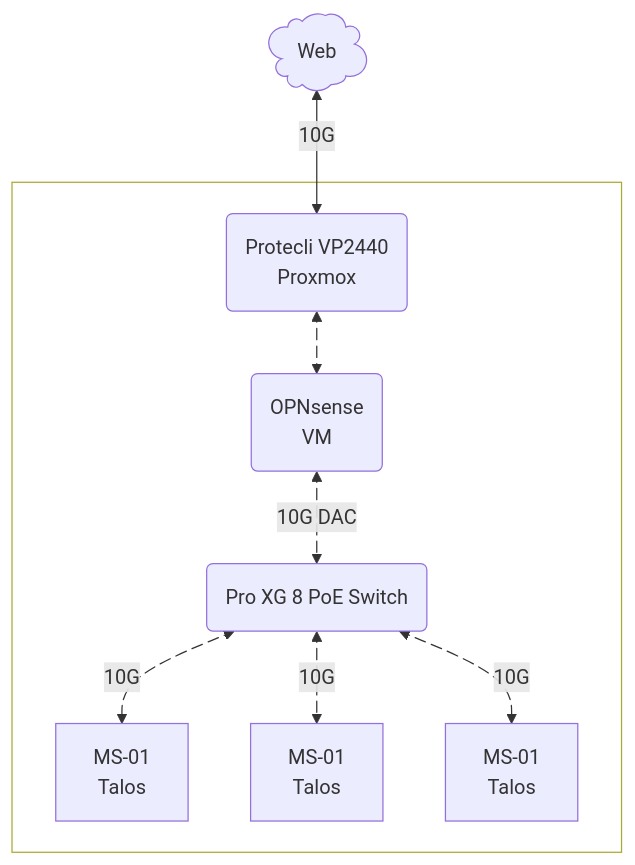
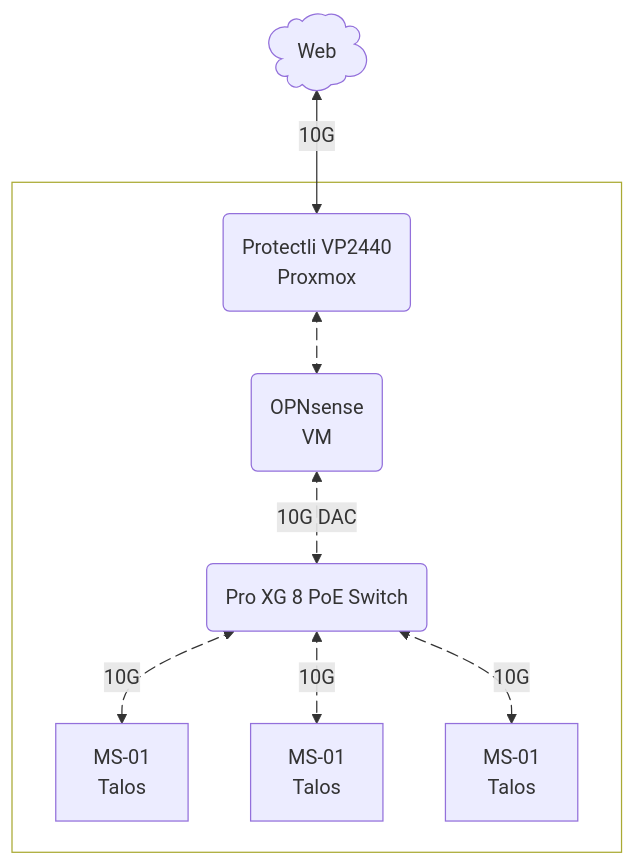
The diagram in README.md (Sawangg/homelab), drawn with Mermaid before and after one commit.

Commit message:
docs: fix typo in router name

````diff
--- a/README.md
+++ b/README.md
@@ -10,18 +10,18 @@
 ```mermaid
 %%{init: {'themeVariables': {'clusterBkg':'transparent'}, 'securityLevel': 'loose'}}%%
 graph TD
-    Web@{ shape: cloud, label "Web" } <-->|10G| A(Protecli VP2440<br/>Proxmox)
+    Web@{ shape: cloud, label "Web" } <-->|10G| A(Protectli VP2440<br/>Proxmox)
 
     subgraph LAN[" "]
         A e1@<--> B(OPNsense<br/>VM)
         e1@{ animate: true }
         B e2@<-->|10G DAC| C(Pro XG 8 PoE Switch)
         e2@{ animate: true }
         C e3@<-->|10G| D1[MS-01<br/>Talos]
         C e4@<-->|10G| D2[MS-01<br/>Talos]
         C e5@<-->|10G| D3[MS-01<br/>Talos]
         e3@{ animate: true }
         e4@{ animate: true }
         e5@{ animate: true }
     end
 ```
````
